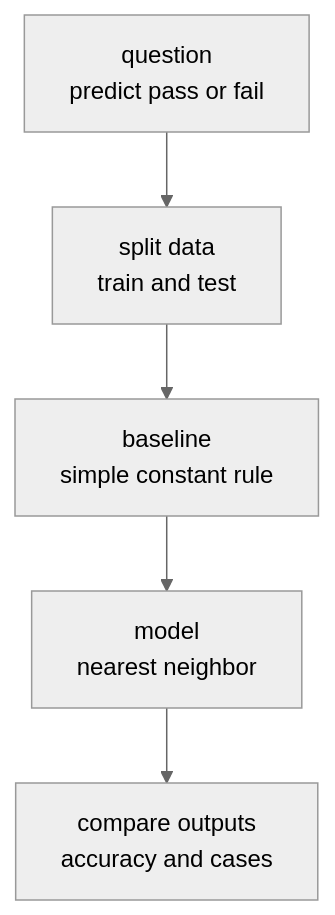
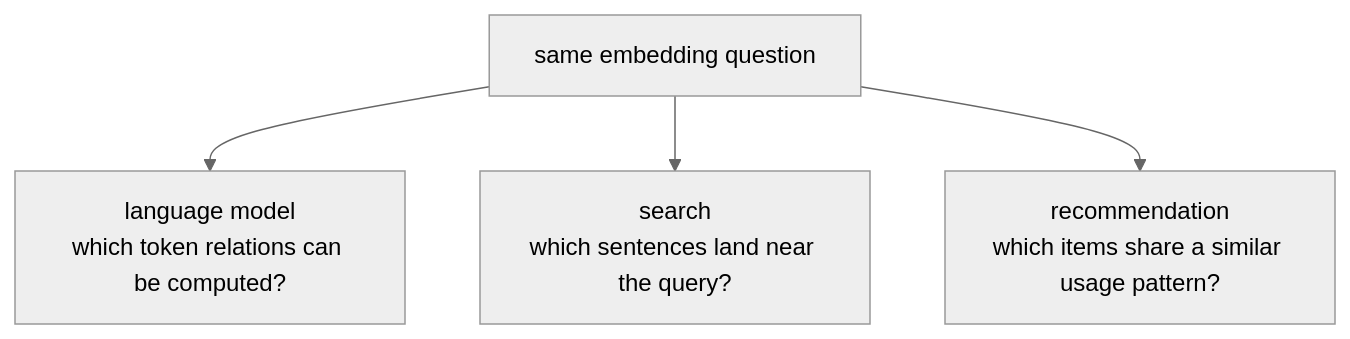
One commit to devchan64/AiBook changed the second of 2 diagrams in docs/parts/part-06/chapter-02/section-01.md. Above: the diagram before and after it, drawn with Mermaid (neutral theme). The commit also changed other lines of this file and 213 other files, not shown here.

````diff
--- a/docs/parts/part-06/chapter-02/section-01.md
+++ b/docs/parts/part-06/chapter-02/section-01.md
@@ -59,10 +139,11 @@
 ```mermaid
 flowchart TD
-  A["question<br/>predict pass or fail"]
-  B["split data<br/>train and test"]
-  C["baseline<br/>simple constant rule"]
-  D["model<br/>nearest neighbor"]
-  E["compare outputs<br/>accuracy and cases"]
+  A["same embedding question"]
+  B["language model<br/>which token relations can be computed?"]
+  C["search<br/>which sentences land near the query?"]
+  D["recommendation<br/>which items share a similar usage pattern?"]
 
-  A --> B --> C --> D --> E
+  A --> B
+  A --> C
+  A --> D
 ```
````
